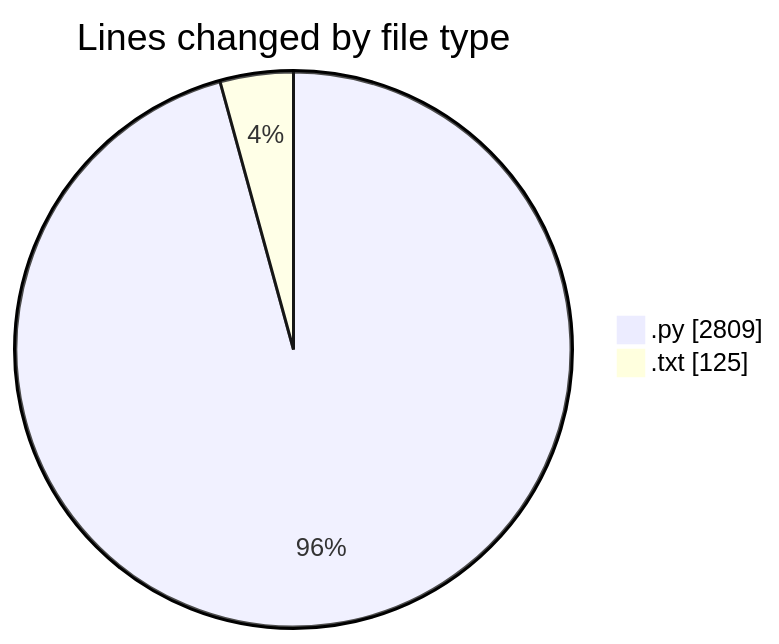
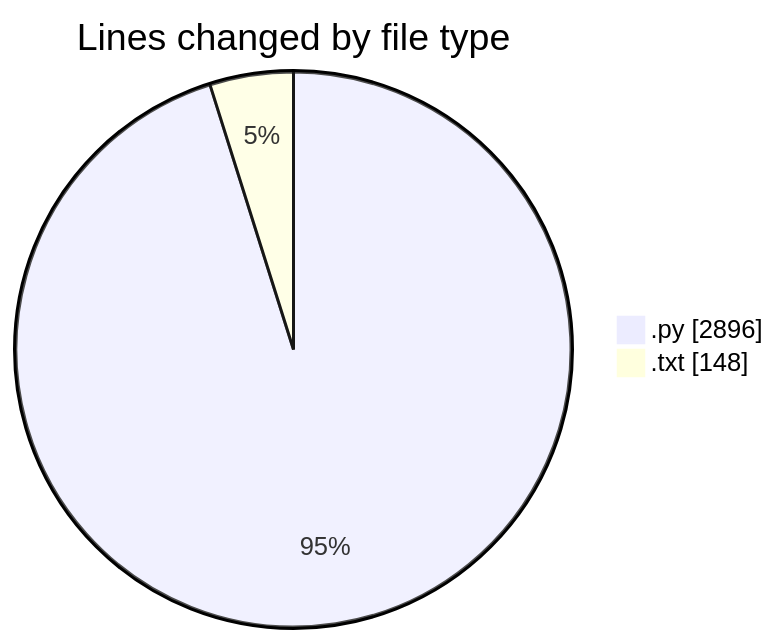
One commit to Ritupan-Deka/code-tracking changed the first of 2 diagrams in 2025-05-26/zip_file/README.md. Above: the diagram before and after it, drawn with Mermaid. The commit also changed other lines of this file and 1 other file, not shown here.

````diff
--- a/2025-05-26/zip_file/README.md
+++ b/2025-05-26/zip_file/README.md
@@ -29,6 +29,6 @@
 ```mermaid
 pie showData
 title Lines changed by file type
-".py" : 2809
-".txt" : 125
+".py" : 2896
+".txt" : 148
 ```
````
